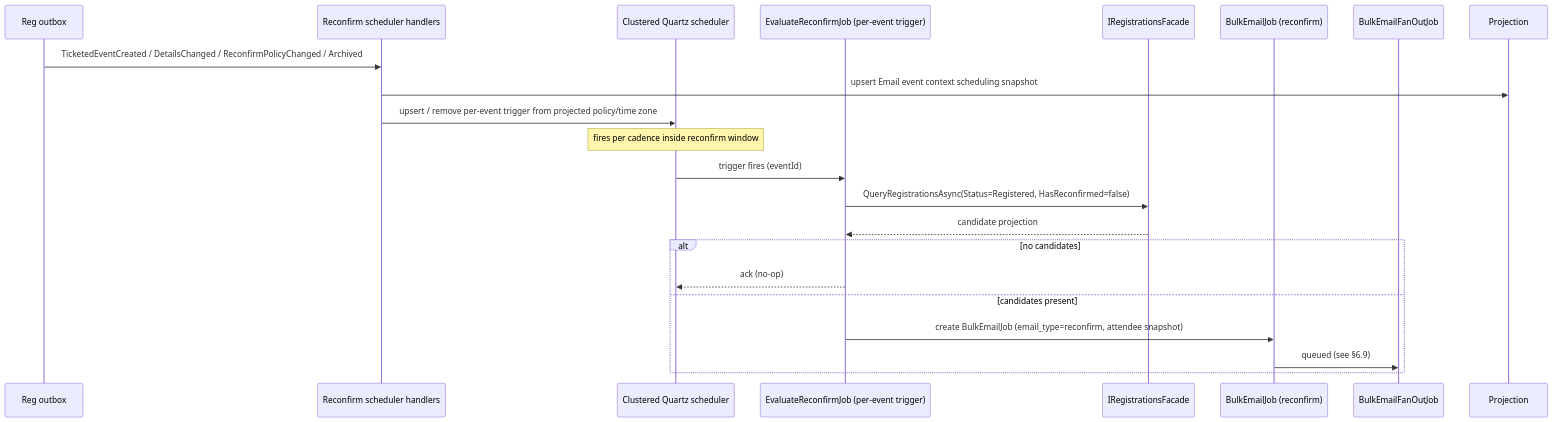
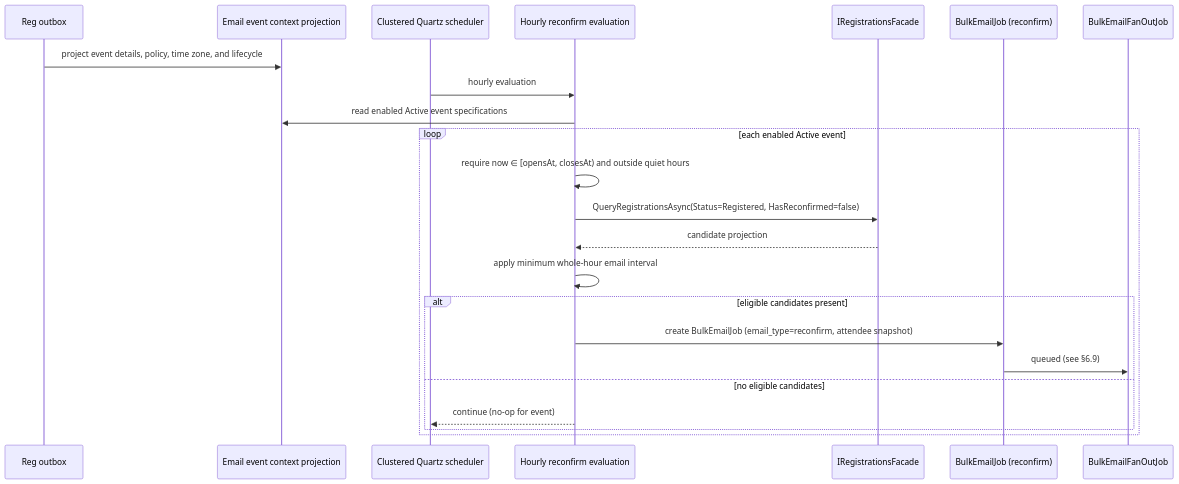
The tenth of 12 diagrams in docs/arc42/06-runtime-view.md (amolenk/Admitto), drawn with Mermaid before and after one commit. The commit also changed other lines of this file and 68 other files, not shown here.

Commit message:
Configure hourly reconfirmation policy (#68)

````diff
--- a/docs/arc42/06-runtime-view.md
+++ b/docs/arc42/06-runtime-view.md
@@ -314,24 +314,26 @@
 ```mermaid
 sequenceDiagram
     participant RegOutbox as Reg outbox
-    participant ReconfirmHandlers as Reconfirm scheduler handlers
+    participant Projection as Email event context projection
     participant Quartz as Clustered Quartz scheduler
-    participant Eval as EvaluateReconfirmJob (per-event trigger)
+    participant Eval as Hourly reconfirm evaluation
     participant Facade as IRegistrationsFacade
     participant Job as BulkEmailJob (reconfirm)
     participant FanOut as BulkEmailFanOutJob
 
-    RegOutbox->>ReconfirmHandlers: TicketedEventCreated / DetailsChanged / ReconfirmPolicyChanged / Archived
-    ReconfirmHandlers->>Projection: upsert Email event context scheduling snapshot
-    ReconfirmHandlers->>Quartz: upsert / remove per-event trigger from projected policy/time zone
-    Note over Quartz: fires per cadence inside reconfirm window
-    Quartz->>Eval: trigger fires (eventId)
-    Eval->>Facade: QueryRegistrationsAsync(Status=Registered, HasReconfirmed=false)
-    Facade-->>Eval: candidate projection
-    alt no candidates
-      Eval-->>Quartz: ack (no-op)
-    else candidates present
-      Eval->>Job: create BulkEmailJob (email_type=reconfirm, attendee snapshot)
-      Job->>FanOut: queued (see §6.9)
+    RegOutbox->>Projection: project event details, policy, time zone, and lifecycle
+    Quartz->>Eval: hourly evaluation
+    Eval->>Projection: read enabled Active event specifications
+    loop each enabled Active event
+      Eval->>Eval: require now ∈ [opensAt, closesAt) and outside quiet hours
+      Eval->>Facade: QueryRegistrationsAsync(Status=Registered, HasReconfirmed=false)
+      Facade-->>Eval: candidate projection
+      Eval->>Eval: apply minimum whole-hour email interval
+      alt eligible candidates present
+        Eval->>Job: create BulkEmailJob (email_type=reconfirm, attendee snapshot)
+        Job->>FanOut: queued (see §6.9)
+      else no eligible candidates
+        Eval-->>Quartz: continue (no-op for event)
+      end
     end
 ```
````
